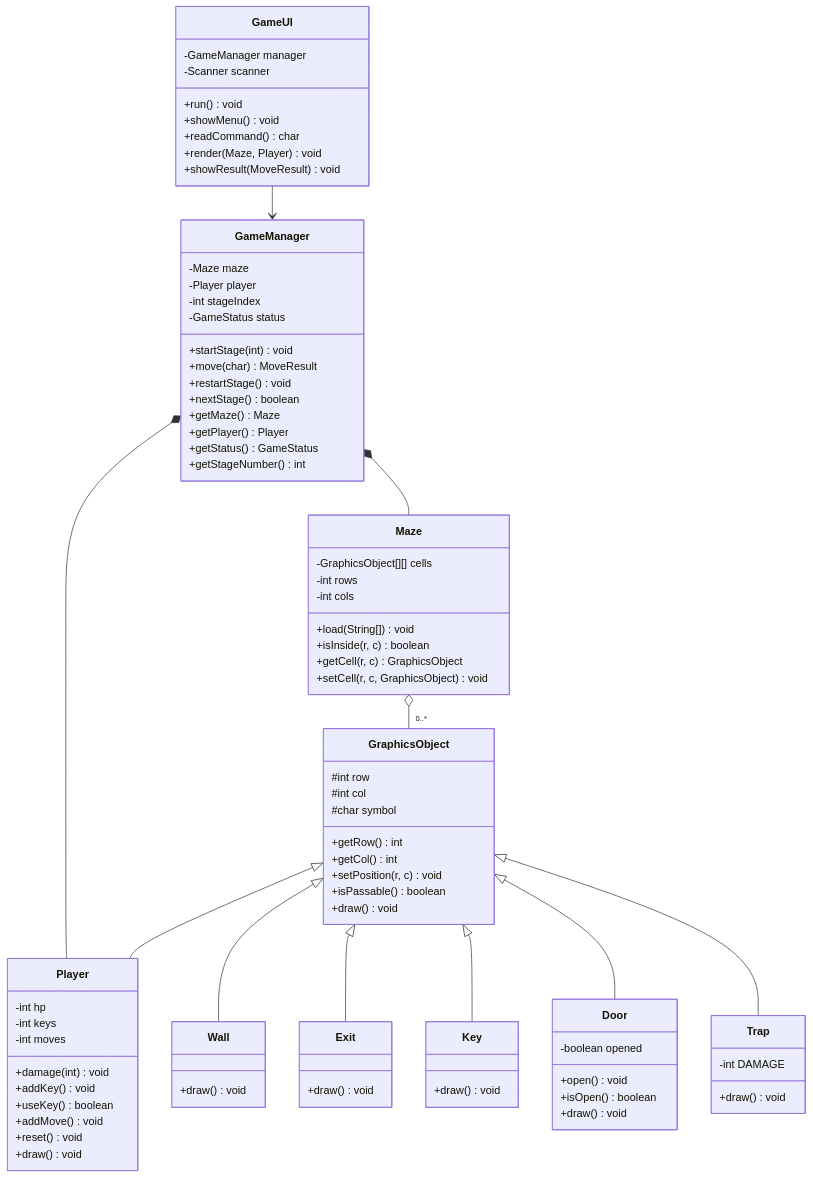
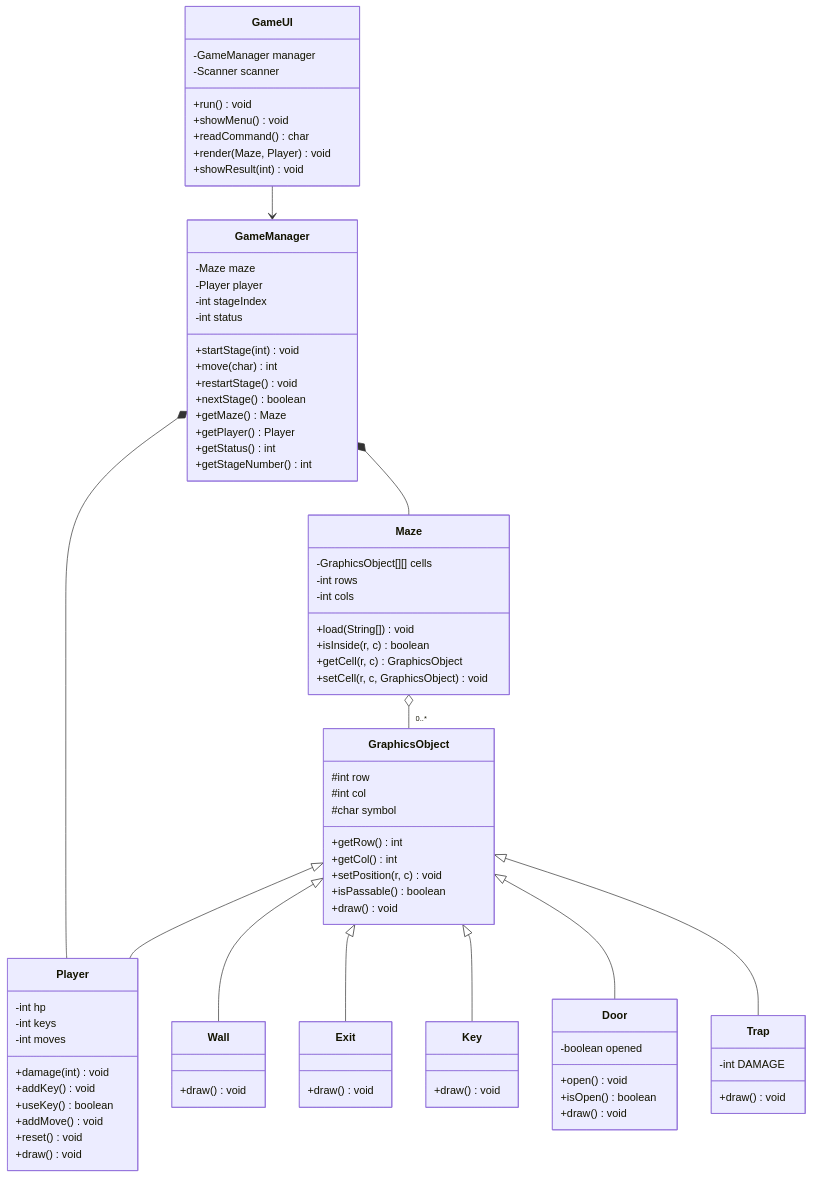
One commit to dami23-lgtm/project_proposal changed the first of 2 diagrams in SAS.md. Above: the diagram before and after it, drawn with Mermaid.

```diff
--- a/SAS.md
+++ b/SAS.md
@@ -8,20 +8,20 @@
         +showMenu() void
         +readCommand() char
         +render(Maze, Player) void
-        +showResult(MoveResult) void
+        +showResult(int) void
     }
     class GameManager {
         -Maze maze
         -Player player
         -int stageIndex
-        -GameStatus status
+        -int status
         +startStage(int) void
-        +move(char) MoveResult
+        +move(char) int
         +restartStage() void
         +nextStage() boolean
         +getMaze() Maze
         +getPlayer() Player
-        +getStatus() GameStatus
+        +getStatus() int
         +getStageNumber() int
     }
     class Maze {
```
